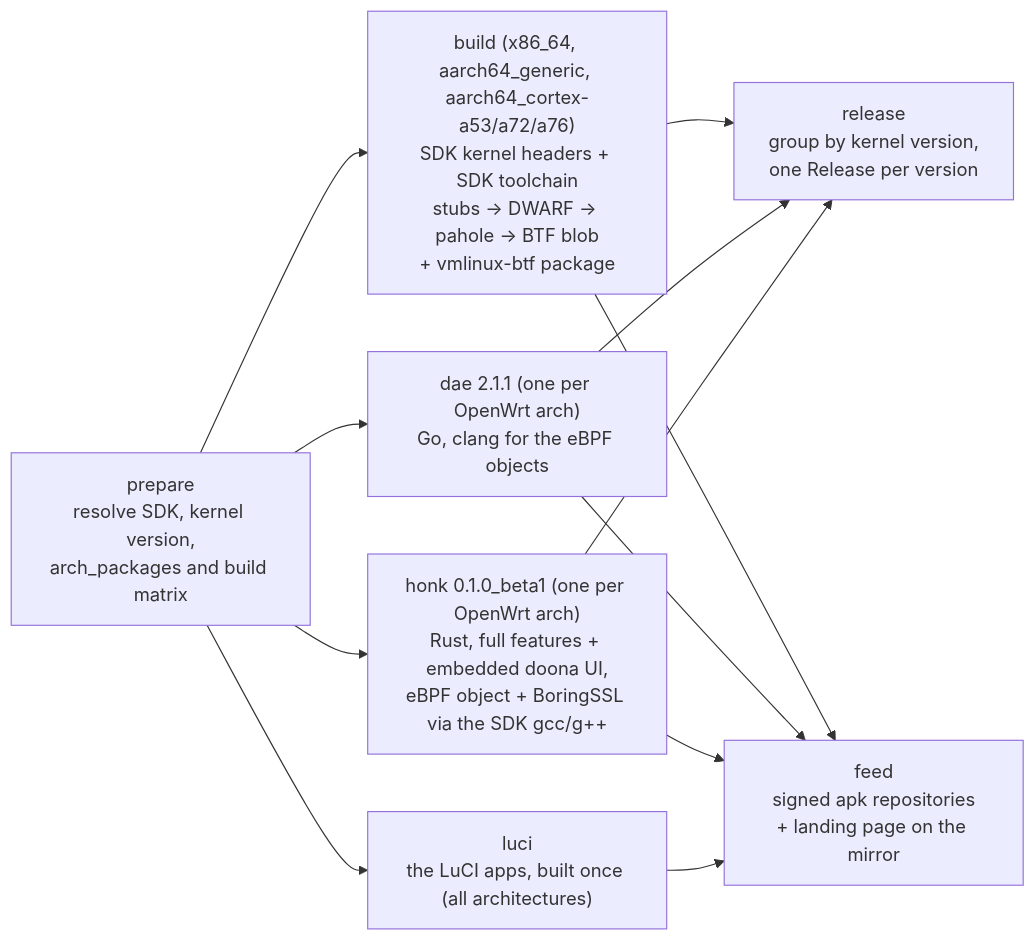
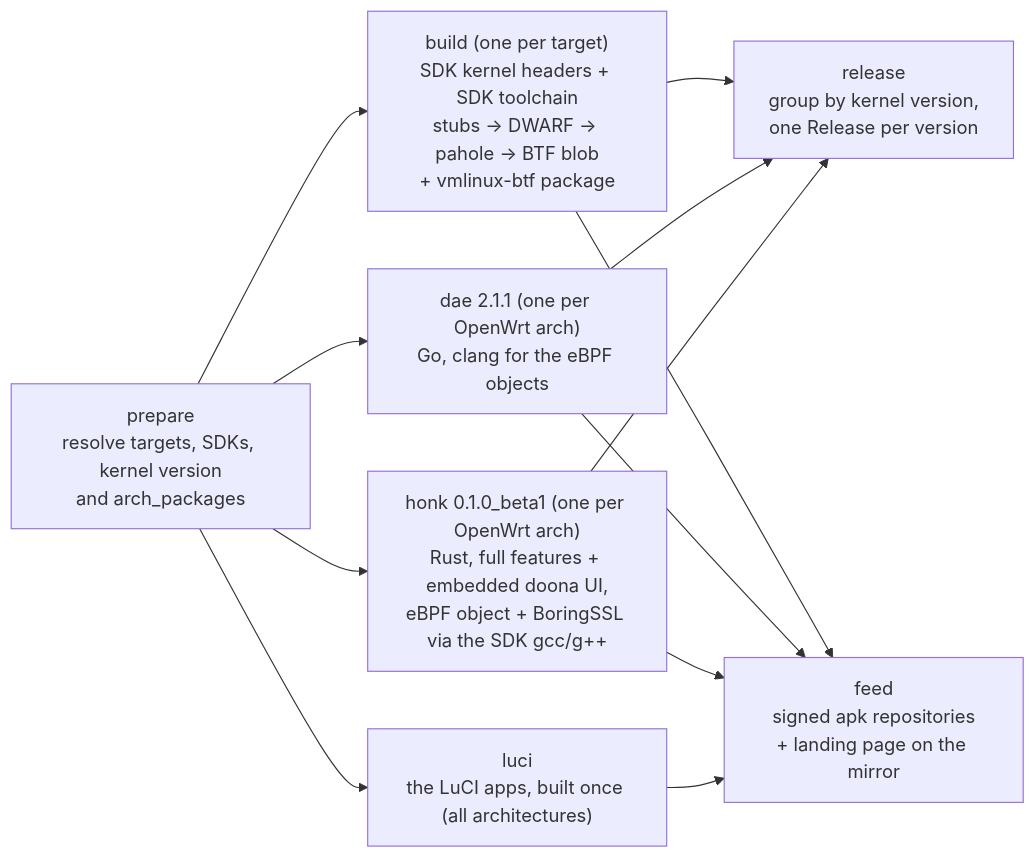
One commit to Zakkaus/openwrt-packages changed the diagram in README.md. Above: the diagram before and after it, drawn with Mermaid. The commit also changed other lines of this file and 1 other file, not shown here.

First line of the commit message:
feat(ci): build vmlinux-btf for every target of the supported architectures

````diff
--- a/README.md
+++ b/README.md
@@ -408,21 +411,21 @@
 ```mermaid
 flowchart LR
-  P["prepare<br/>resolve SDK, kernel version,<br/>arch_packages and build matrix"]
-  K["build (x86_64, aarch64_generic, aarch64_cortex-a53/a72/a76)<br/>SDK kernel headers + SDK toolchain<br/>stubs → DWARF → pahole → BTF blob<br/>+ vmlinux-btf package"]
+  P["prepare<br/>resolve targets, SDKs, kernel version<br/>and arch_packages"]
+  K["build (one per target)<br/>SDK kernel headers + SDK toolchain<br/>stubs → DWARF → pahole → BTF blob<br/>+ vmlinux-btf package"]
   D["dae 2.1.1 (one per OpenWrt arch)<br/>Go, clang for the eBPF objects"]
   H["honk 0.1.0_beta1 (one per OpenWrt arch)<br/>Rust, full features + embedded doona UI,<br/>eBPF object + BoringSSL via the SDK gcc/g++"]
   L["luci<br/>the LuCI apps, built once (all architectures)"]
   R["release<br/>group by kernel version,<br/>one Release per version"]
   F["feed<br/>signed apk repositories<br/>+ landing page on the mirror"]
   P --> K
   P --> D
   P --> H
   P --> L
   K --> R
   D --> R
   H --> R
   K --> F
   D --> F
   H --> F
   L --> F
 ```
````
